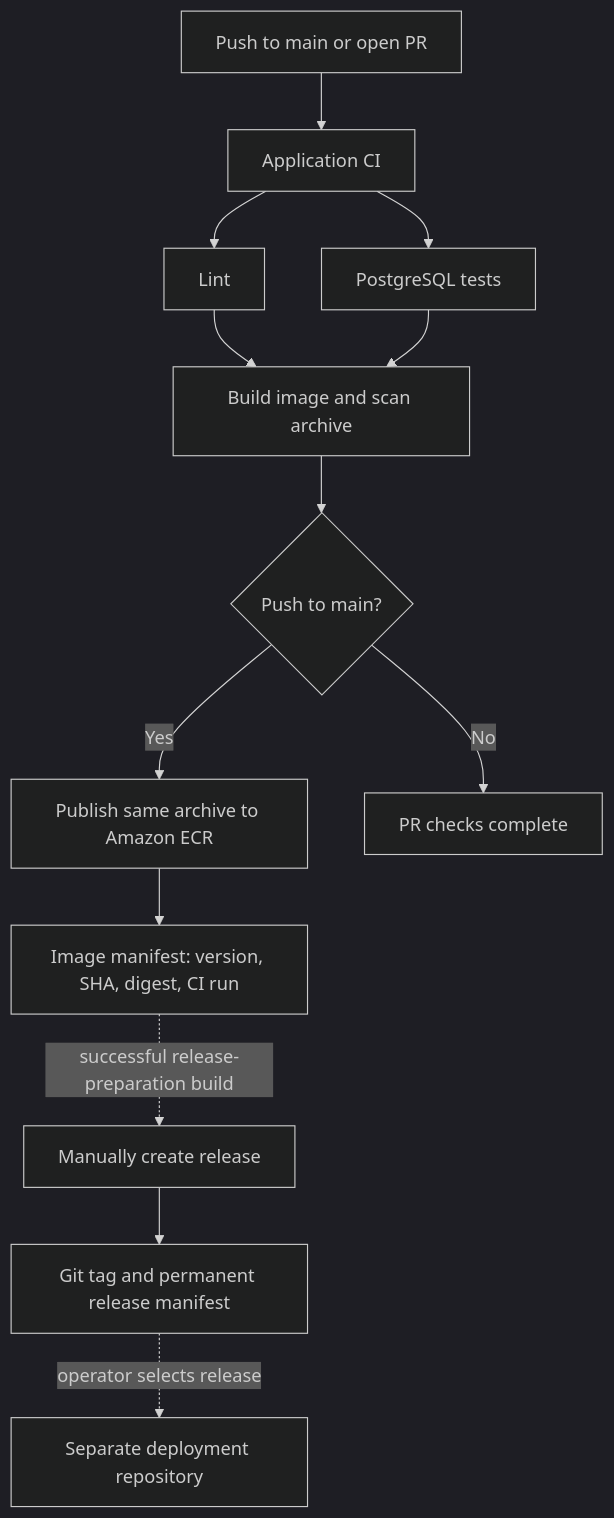
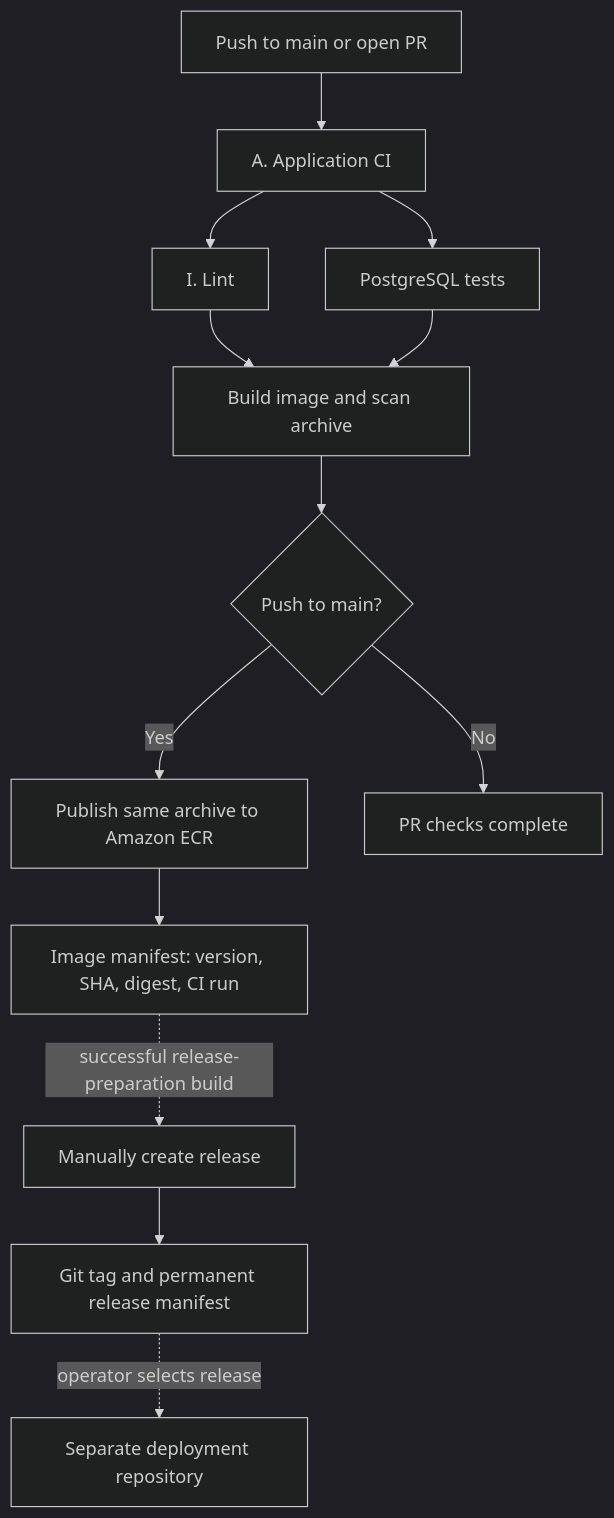
Before and after one commit to tzwei94/app: the diagram in docs/ci-cd.md, drawn with Mermaid (dark theme). The commit also changed other lines of this file and 47 other files, not shown here.

````diff
--- a/docs/ci-cd.md
+++ b/docs/ci-cd.md
@@ -17,15 +17,15 @@
 ```mermaid
 flowchart TD
-    Push[Push to main or open PR] --> CI[Application CI]
-    CI --> Lint[Lint]
+    Push[Push to main or open PR] --> CI[A. Application CI]
+    CI --> Lint[I. Lint]
     CI --> Test[PostgreSQL tests]
     Lint --> Build[Build image and scan archive]
     Test --> Build
     Build --> Gate{Push to main?}
     Gate -->|Yes| Publish[Publish same archive to Amazon ECR]
     Gate -->|No| Done[PR checks complete]
     Publish --> Manifest[Image manifest: version, SHA, digest, CI run]
     Manifest -. successful release-preparation build .-> Release[Manually create release]
     Release --> Record[Git tag and permanent release manifest]
     Record -. operator selects release .-> CD[Separate deployment repository]
 ```
````
